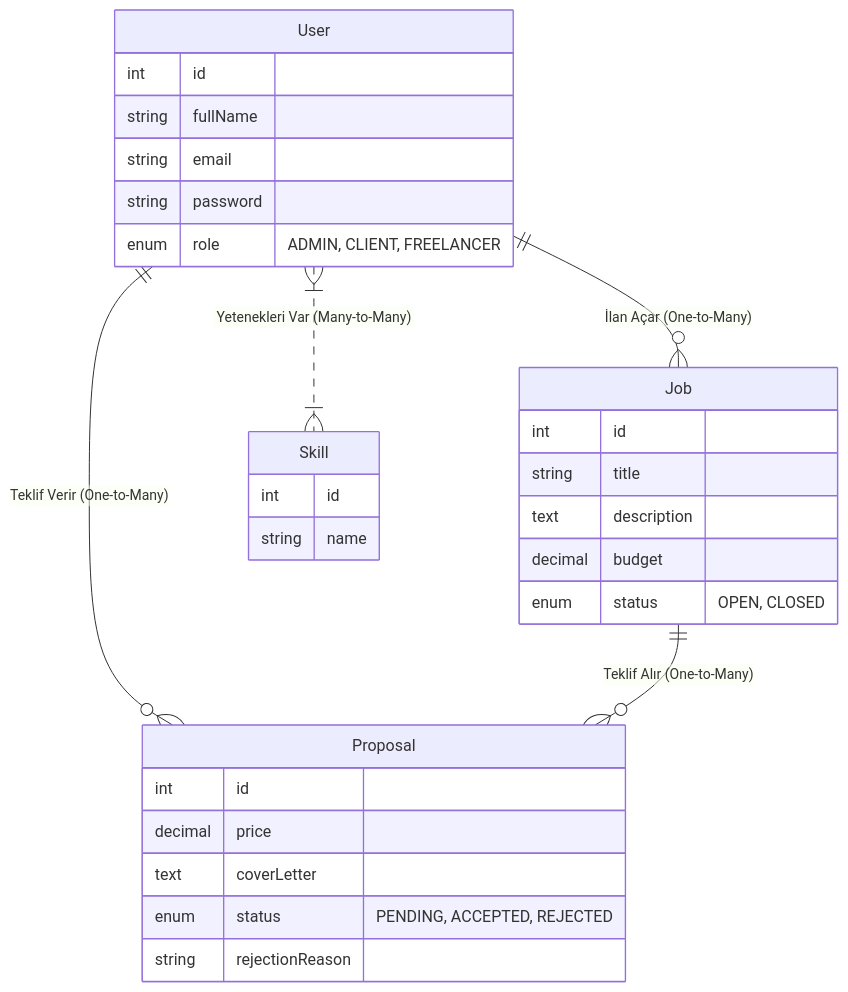
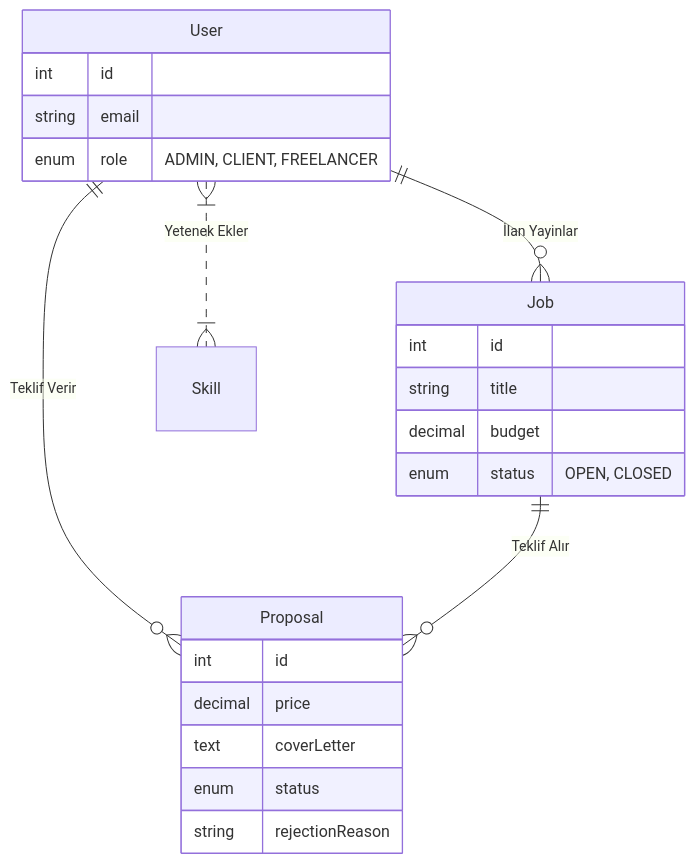
One commit to Garfest0/freelance-marketplace-platform changed the diagram in Final_Project_Report.md. Above: the diagram before and after it, drawn with Mermaid. The commit also changed other lines of this file and 22 other files, not shown here.

````diff
--- a/Final_Project_Report.md
+++ b/Final_Project_Report.md
@@ -66,36 +97,28 @@
 ```mermaid
 erDiagram
-    User ||--o{ Job : "İlan Açar (One-to-Many)"
-    User ||--o{ Proposal : "Teklif Verir (One-to-Many)"
-    User }|..|{ Skill : "Yetenekleri Var (Many-to-Many)"
-    Job ||--o{ Proposal : "Teklif Alır (One-to-Many)"
+    User ||--o{ Job : "İlan Yayinlar"
+    User ||--o{ Proposal : "Teklif Verir"
+    User }|..|{ Skill : "Yetenek Ekler"
+    Job ||--o{ Proposal : "Teklif Alır"
 
     User {
         int id
-        string fullName
         string email
-        string password
         enum role "ADMIN, CLIENT, FREELANCER"
     }
 
     Job {
         int id
         string title
-        text description
         decimal budget
         enum status "OPEN, CLOSED"
     }
 
     Proposal {
         int id
         decimal price
         text coverLetter
-        enum status "PENDING, ACCEPTED, REJECTED"
+        enum status
         string rejectionReason
     }
-
-    Skill {
-        int id
-        string name
-    }
 ```
````
